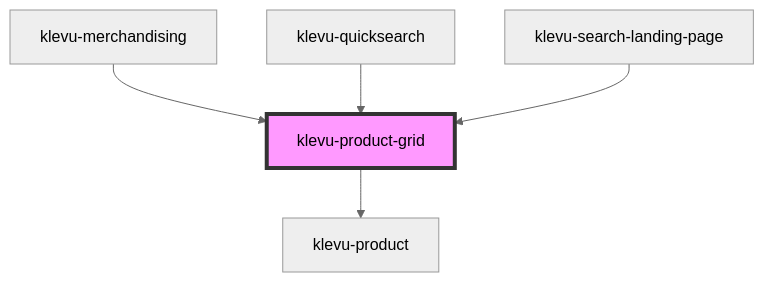
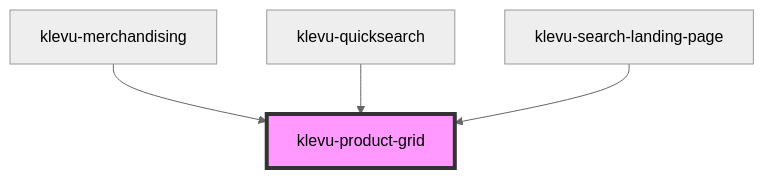
The diagram in packages/klevu-ui/src/components/klevu-product-grid/readme.md (klevultd/frontend-sdk), drawn with Mermaid (neutral theme) before and after one commit. The commit also changed other lines of this file and 20 other files, not shown here.

````diff
--- a/packages/klevu-ui/src/components/klevu-product-grid/readme.md
+++ b/packages/klevu-ui/src/components/klevu-product-grid/readme.md
@@ -30,8 +17,7 @@
 ```mermaid
 graph TD;
-  klevu-product-grid --> klevu-product
   klevu-merchandising --> klevu-product-grid
   klevu-quicksearch --> klevu-product-grid
   klevu-search-landing-page --> klevu-product-grid
   style klevu-product-grid fill:#f9f,stroke:#333,stroke-width:4px
 ```
````
